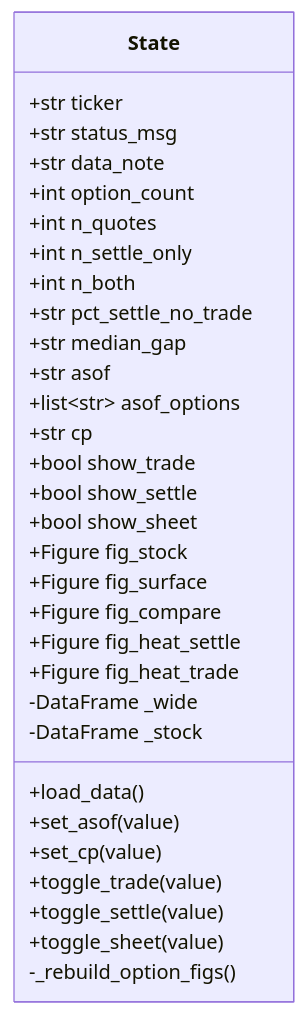
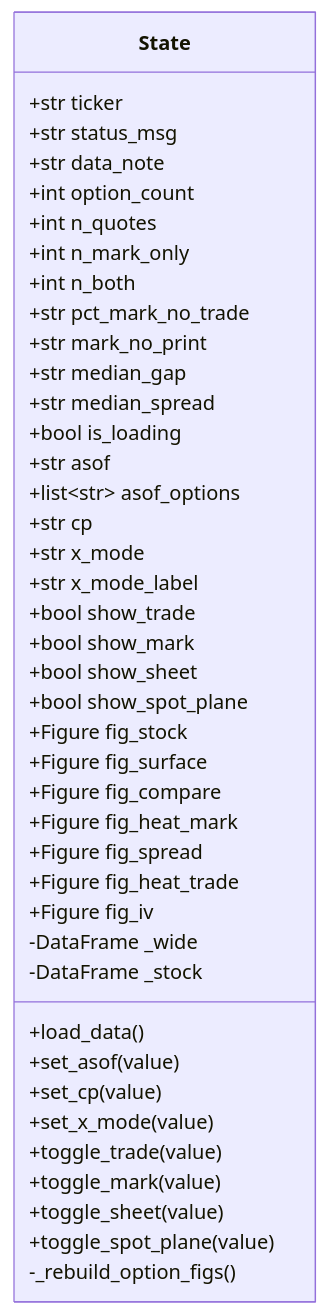
Before and after one commit to Jason-Dorman/options-surface-lab: the fifth of 7 diagrams in docs/SYSTEM-SPEC.md, drawn with Mermaid. The commit also changed other lines of this file and 14 other files, not shown here.

````diff
--- a/docs/SYSTEM-SPEC.md
+++ b/docs/SYSTEM-SPEC.md
@@ -316,34 +316,44 @@
 ```mermaid
 classDiagram
     class State {
         +str ticker
         +str status_msg
         +str data_note
         +int option_count
         +int n_quotes
-        +int n_settle_only
+        +int n_mark_only
         +int n_both
-        +str pct_settle_no_trade
+        +str pct_mark_no_trade
+        +str mark_no_print
         +str median_gap
+        +str median_spread
+        +bool is_loading
         +str asof
         +list~str~ asof_options
         +str cp
+        +str x_mode
+        +str x_mode_label
         +bool show_trade
-        +bool show_settle
+        +bool show_mark
         +bool show_sheet
+        +bool show_spot_plane
         +Figure fig_stock
         +Figure fig_surface
         +Figure fig_compare
-        +Figure fig_heat_settle
+        +Figure fig_heat_mark
+        +Figure fig_spread
         +Figure fig_heat_trade
+        +Figure fig_iv
         -DataFrame _wide
         -DataFrame _stock
         +load_data()
         +set_asof(value)
         +set_cp(value)
+        +set_x_mode(value)
         +toggle_trade(value)
-        +toggle_settle(value)
+        +toggle_mark(value)
         +toggle_sheet(value)
+        +toggle_spot_plane(value)
         -_rebuild_option_figs()
     }
 ```
````
